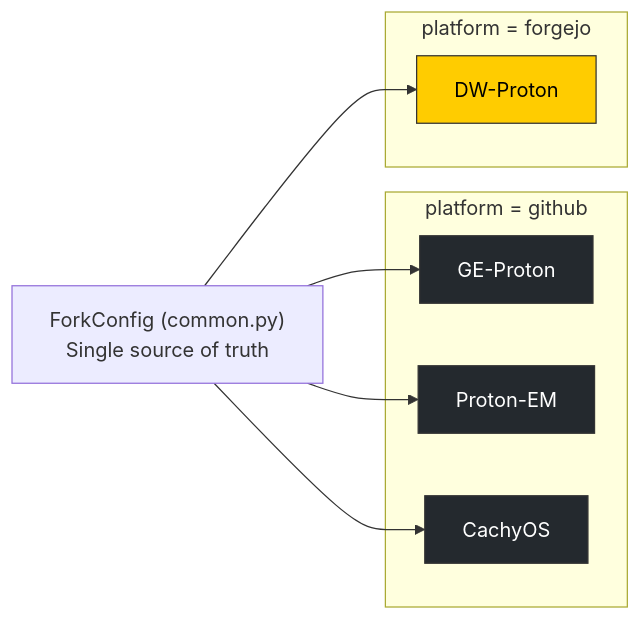
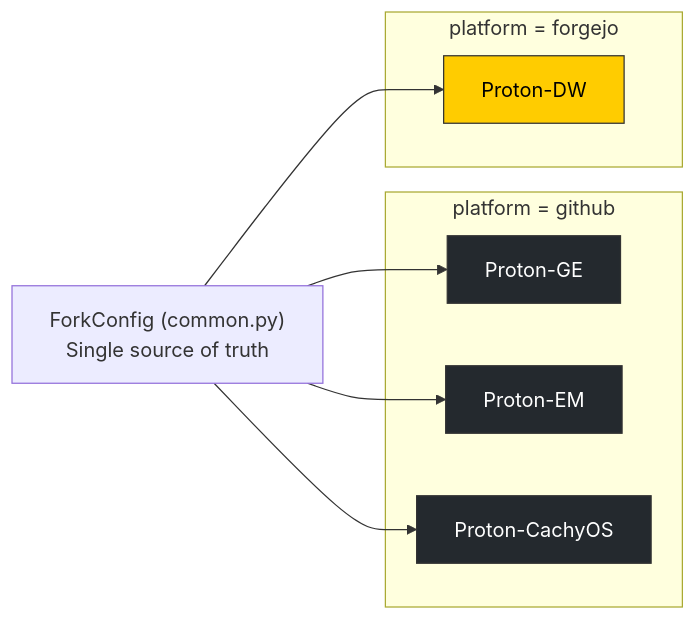
Before and after one commit to WombatFromHell/protonge-fetcher: the eighth of 11 diagrams in DESIGN.md, drawn with Mermaid. The commit also changed other lines of this file and 28 other files, not shown here.

````diff
--- a/DESIGN.md
+++ b/DESIGN.md
@@ -393,34 +393,34 @@
 ```mermaid
 graph LR
     FC["ForkConfig (common.py)\nSingle source of truth"]
 
-    GEP["GE-Proton"]
+    GEP["Proton-GE"]
     PEM["Proton-EM"]
-    CCH["CachyOS"]
-    DWP["DW-Proton"]
+    CCH["Proton-CachyOS"]
+    DWP["Proton-DW"]
 
     FC --> GEP
     FC --> PEM
     FC --> CCH
     FC --> DWP
 
     subgraph GitHub ["platform = github"]
         GEP
         PEM
         CCH
     end
 
     subgraph Forgejo ["platform = forgejo"]
         DWP
     end
 
     click GEP "https://github.com/GloriousEggroll/proton-ge-custom"
     click PEM "https://github.com/Etaash-mathamsetty/Proton"
     click CCH "https://github.com/CachyOS/proton-cachyos"
     click DWP "https://dawn.wine/dawn-winery/dwproton"
 
     classDef github fill:#24292e,stroke:#333,color:#fff
     classDef forgejo fill:#ffcc00,stroke:#333,color:#000
     class GEP,PEM,CCH github
     class DWP forgejo
 ```
````
